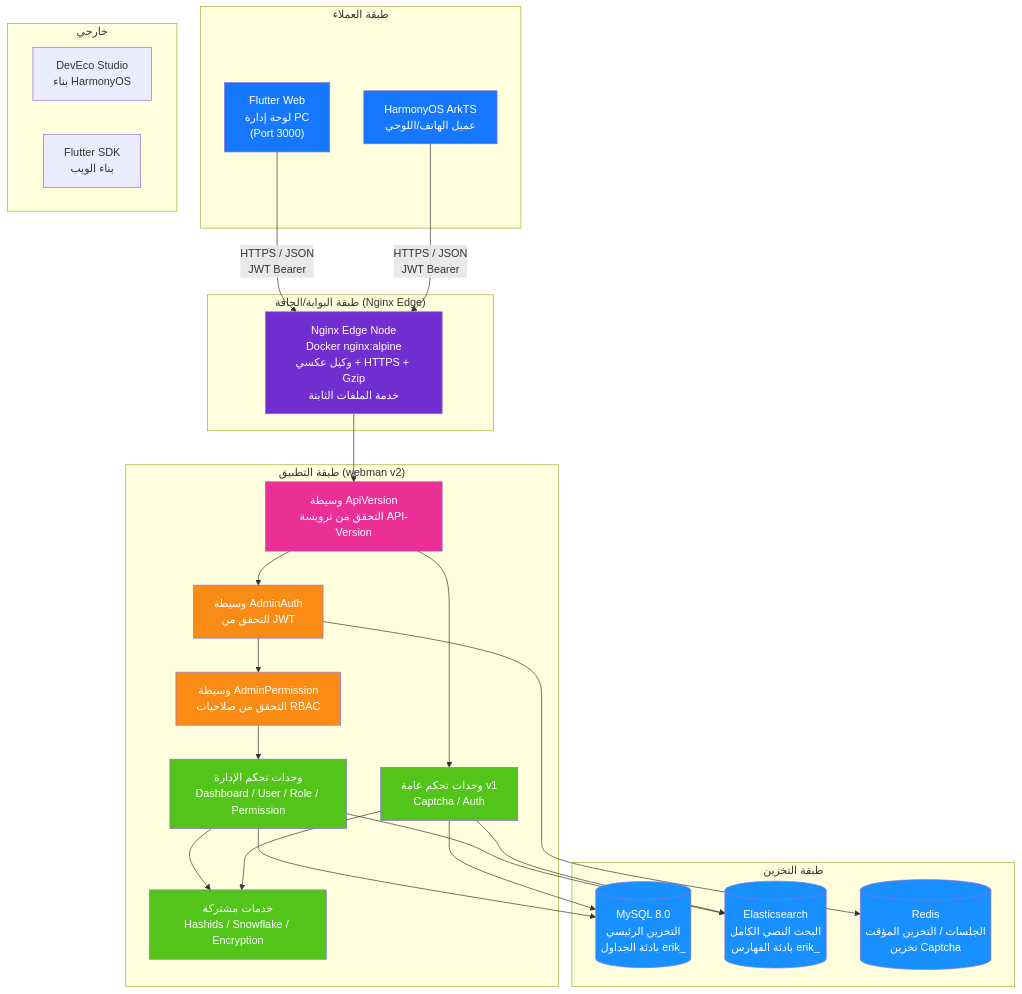
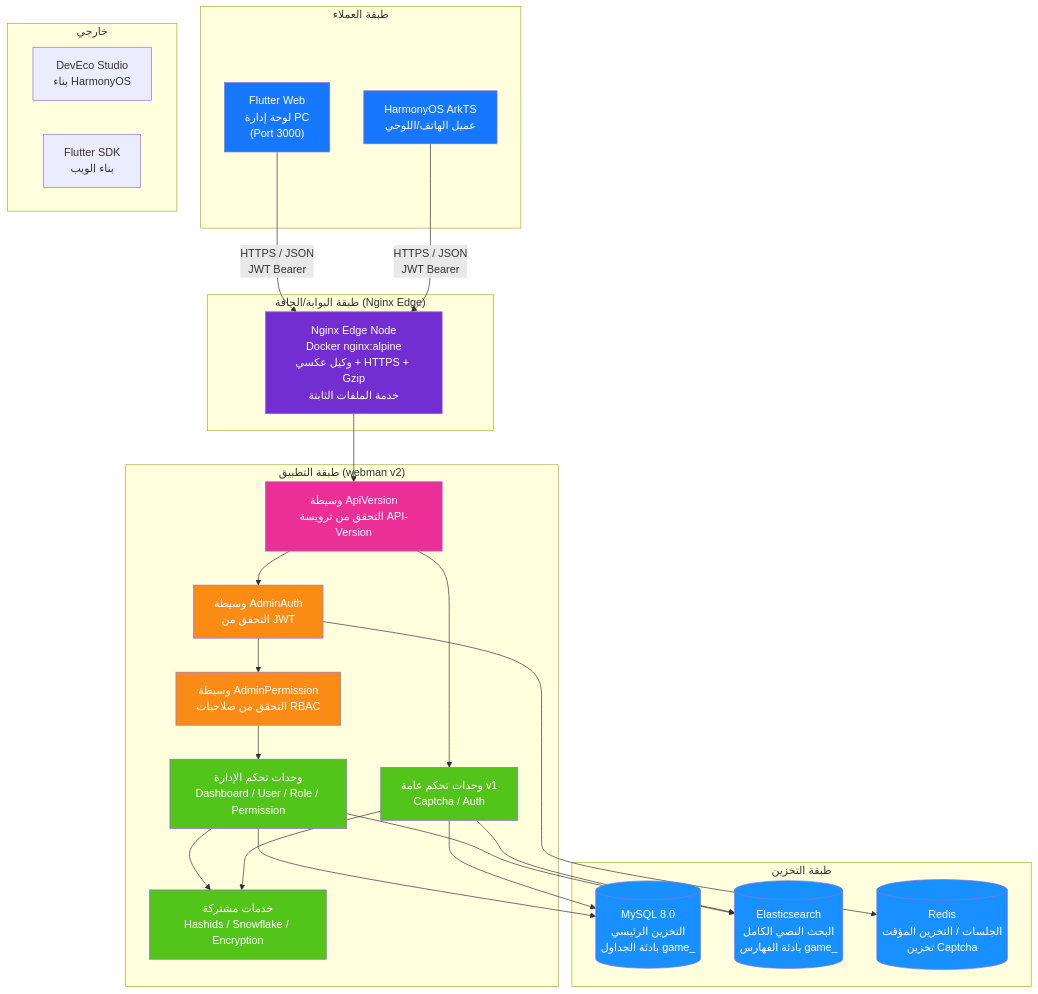
Before and after one commit to erikwang2013/game-platform-php: the first of 14 diagrams in admin/docs/ARCHITECTURE.ar.md, drawn with Mermaid. The commit also changed other lines of this file and 345 other files, not shown here.

````diff
--- a/admin/docs/ARCHITECTURE.ar.md
+++ b/admin/docs/ARCHITECTURE.ar.md
@@ -15,59 +15,59 @@
 ```mermaid
 flowchart TB
     subgraph "طبقة العملاء"
         A1["Flutter Web<br/>لوحة إدارة PC<br/>(Port 3000)"]
         A2["HarmonyOS ArkTS<br/>عميل الهاتف/اللوحي"]
     end
 
     subgraph "طبقة البوابة/الحافة (Nginx Edge)"
         B1["Nginx Edge Node<br/>Docker nginx:alpine<br/>وكيل عكسي + HTTPS + Gzip<br/>خدمة الملفات الثابتة"]
     end
 
     subgraph "طبقة التطبيق (webman v2)"
         C0["وسيطة ApiVersion<br/>التحقق من ترويسة API-Version"]
         C1["وسيطة AdminAuth<br/>التحقق من JWT"]
         C2["وسيطة AdminPermission<br/>التحقق من صلاحيات RBAC"]
         C3["وحدات تحكم الإدارة<br/>Dashboard / User / Role / Permission"]
         C4["وحدات تحكم عامة v1<br/>Captcha / Auth"]
         C5["خدمات مشتركة<br/>Hashids / Snowflake / Encryption"]
     end
 
     subgraph "طبقة التخزين"
-        D1[("MySQL 8.0<br/>التخزين الرئيسي<br/>بادئة الجداول erik_")]
-        D2[("Elasticsearch<br/>البحث النصي الكامل<br/>بادئة الفهارس erik_")]
+        D1[("MySQL 8.0<br/>التخزين الرئيسي<br/>بادئة الجداول game_")]
+        D2[("Elasticsearch<br/>البحث النصي الكامل<br/>بادئة الفهارس game_")]
         D3[("Redis<br/>الجلسات / التخزين المؤقت<br/>تخزين Captcha")]
     end
 
     subgraph "خارجي"
         E1["DevEco Studio<br/>بناء HarmonyOS"]
         E2["Flutter SDK<br/>بناء الويب"]
     end
 
     A1 -->|"HTTPS / JSON<br/>JWT Bearer"| B1
     A2 -->|"HTTPS / JSON<br/>JWT Bearer"| B1
     B1 --> C0
     C0 --> C1
     C1 --> C2
     C2 --> C3
     C0 --> C4
     C3 --> C5
     C4 --> C5
     C3 --> D1
     C4 --> D1
     C3 --> D2
     C4 --> D2
     C1 --> D3
 
     style A1 fill:#1677FF,color:#fff
     style A2 fill:#1677FF,color:#fff
     style B1 fill:#722ED1,color:#fff
     style C0 fill:#EB2F96,color:#fff
     style C1 fill:#FA8C16,color:#fff
     style C2 fill:#FA8C16,color:#fff
     style C3 fill:#52C41A,color:#fff
     style C4 fill:#52C41A,color:#fff
     style C5 fill:#52C41A,color:#fff
     style D1 fill:#1890FF,color:#fff
     style D2 fill:#1890FF,color:#fff
     style D3 fill:#1890FF,color:#fff
 ```
````
